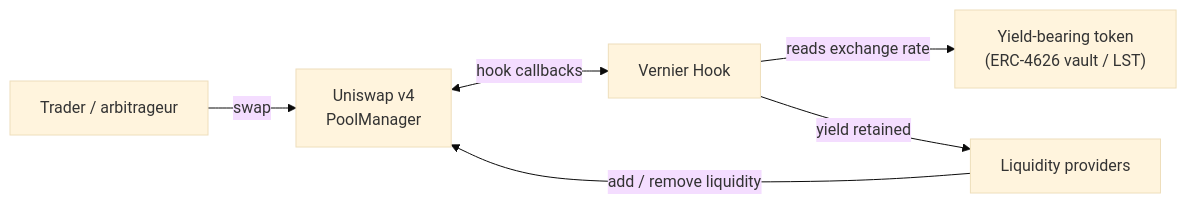
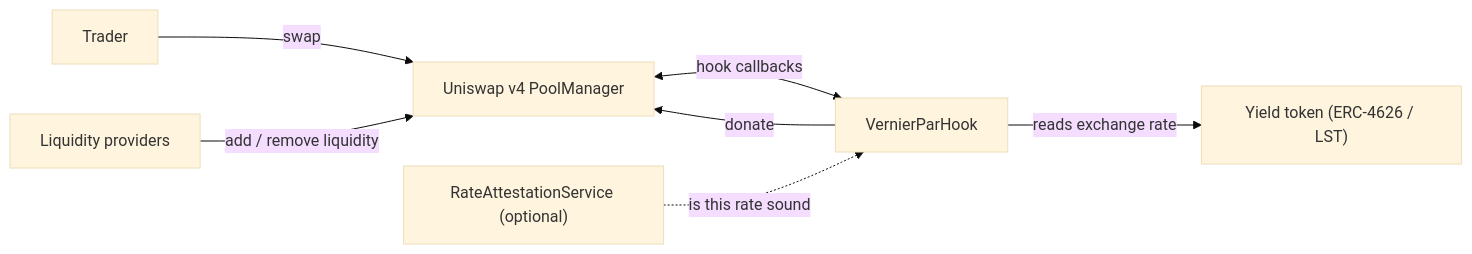
One commit to Spagero763/vernier changed the first of 2 diagrams in docs/architecture.md. Above: the diagram before and after it, drawn with Mermaid (base theme). The commit also changed other lines of this file and 3 other files, not shown here.

````diff
--- a/docs/architecture.md
+++ b/docs/architecture.md
@@ -7,8 +9,9 @@
 ```mermaid
 flowchart LR
-    Trader["Trader / arbitrageur"] -->|swap| PM["Uniswap v4\nPoolManager"]
+    Trader["Trader"] -->|swap| PM["Uniswap v4 PoolManager"]
     LP["Liquidity providers"] -->|add / remove liquidity| PM
-    PM <-->|hook callbacks| Vernier["Vernier Hook"]
-    Vernier -->|reads exchange rate| Token["Yield-bearing token\n(ERC-4626 vault / LST)"]
-    Vernier -->|yield retained| LP
+    PM <-->|hook callbacks| Hook["VernierParHook"]
+    Hook -->|reads exchange rate| Token["Yield token (ERC-4626 / LST)"]
+    Hook -->|donate| PM
+    Attestor["RateAttestationService (optional)"] -.->|is this rate sound| Hook
 ```
````
